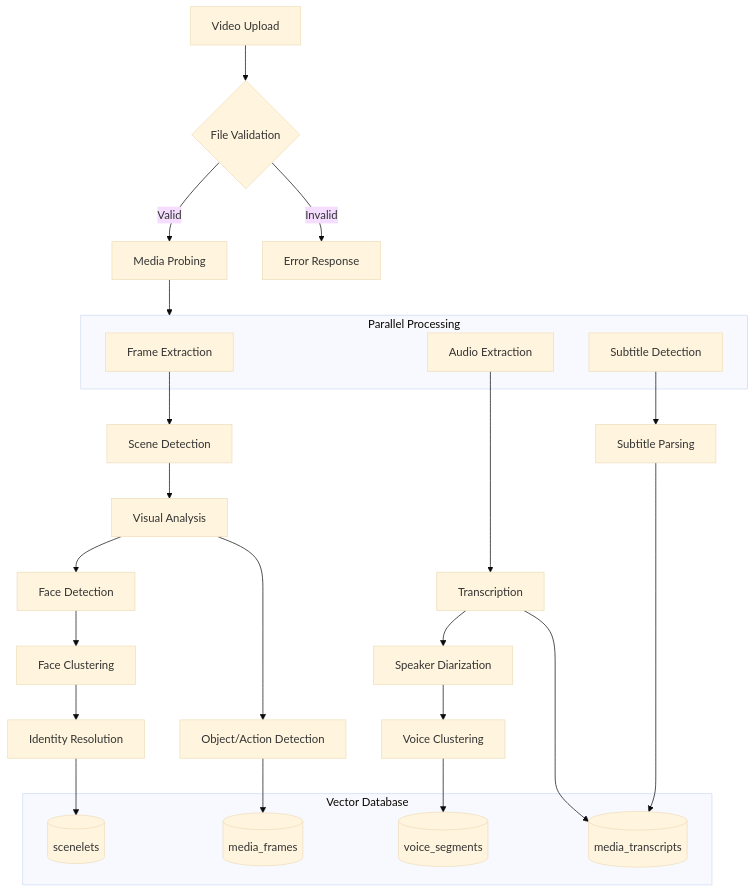
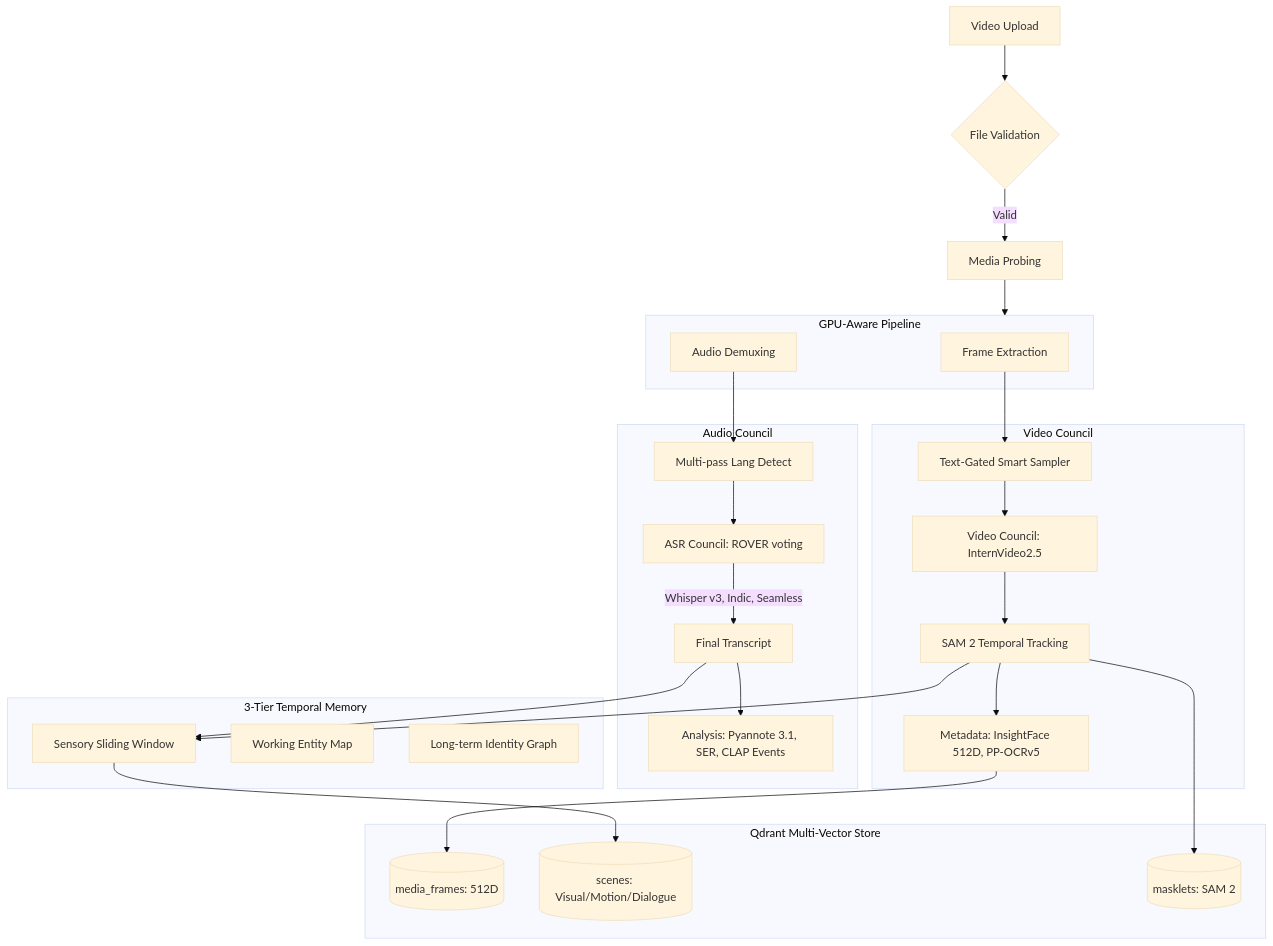
One commit to gnanaprakash2918/AI-Media-Indexer changed the third of 4 diagrams in docs/architecture.md. Above: the diagram before and after it, drawn with Mermaid (base theme). The commit also changed other lines of this file and 9 other files, not shown here.

````diff
--- a/docs/architecture.md
+++ b/docs/architecture.md
@@ -96,41 +96,46 @@
 ```mermaid
 flowchart TD
     A[Video Upload] --> B{File Validation}
     B -->|Valid| C[Media Probing]
-    B -->|Invalid| Z[Error Response]
     
-    C --> D[Parallel Processing]
+    C --> D[Parallel Pipeline Orchestration]
     
-    subgraph D[Parallel Processing]
+    subgraph D[GPU-Aware Pipeline]
         D1[Frame Extraction]
-        D2[Audio Extraction]
-        D3[Subtitle Detection]
+        D2[Audio Demuxing]
     end
     
-    D1 --> E[Scene Detection]
-    E --> F[Visual Analysis]
-    F --> G[Face Detection]
-    F --> H[Object/Action Detection]
-    
-    D2 --> I[Transcription]
-    I --> J[Speaker Diarization]
-    J --> K[Voice Clustering]
-    
-    D3 --> L[Subtitle Parsing]
-    
-    G --> M[Face Clustering]
-    M --> N[Identity Resolution]
-    
-    subgraph VectorDB["Vector Database"]
-        O[(media_frames)]
-        P[(voice_segments)]
-        Q[(media_transcripts)]
-        R[(scenelets)]
+    subgraph AudioLogic[Audio Council]
+        AL[Multi-pass Lang Detect] --> AC[ASR Council: ROVER voting]
+        AC -->|Whisper v3, Indic, Seamless| AT[Final Transcript]
+        AT --> AD[Analysis: Pyannote 3.1, SER, CLAP Events]
     end
     
-    H --> O
-    K --> P
-    L --> Q
-    I --> Q
-    N --> R
+    subgraph VideoLogic[Video Council]
+        VS[Text-Gated Smart Sampler] --> VC[Video Council: InternVideo2.5]
+        VC --> VT[SAM 2 Temporal Tracking]
+        VT --> VM[Metadata: InsightFace 512D, PP-OCRv5]
+    end
+    
+    D1 --> VS
+    D2 --> AL
+    
+    subgraph Memory[3-Tier Temporal Memory]
+        SW[Sensory Sliding Window]
+        WM[Working Entity Map]
+        LT[Long-term Identity Graph]
+    end
+    
+    VT --> SW
+    AT --> SW
+    
+    subgraph VectorDB["Qdrant Multi-Vector Store"]
+        O[(media_frames: 512D)]
+        S[(scenes: Visual/Motion/Dialogue)]
+        P[(masklets: SAM 2)]
+    end
+    
+    SW --> S
+    VM --> O
+    VT --> P
 ```
````
